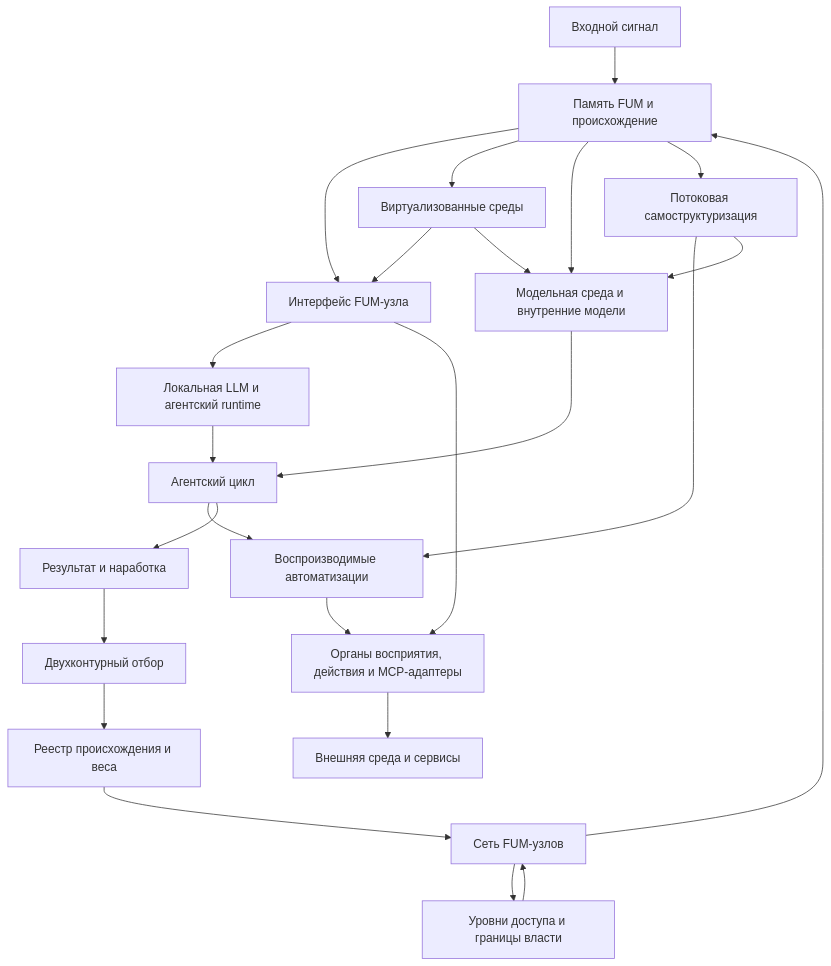
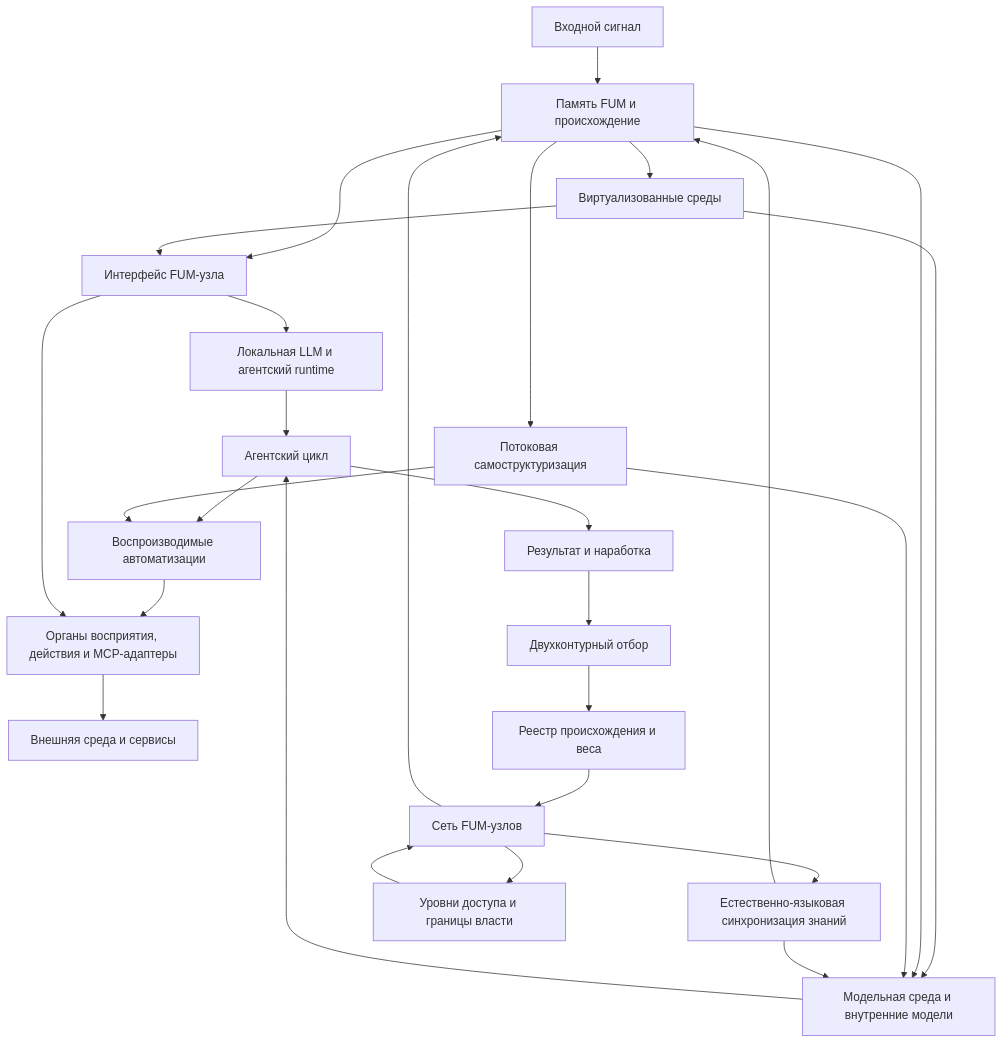
Before and after one commit to fum-lab/fum: the diagram in Документация/22-архитектура-FUM.md, drawn with Mermaid. The commit also changed other lines of this file and 32 other files, not shown here.

````diff
--- a/Документация/22-архитектура-FUM.md
+++ b/Документация/22-архитектура-FUM.md
@@ -89,26 +94,29 @@
 ```mermaid
 flowchart TD
     input["Входной сигнал"] --> memory["Память FUM и происхождение"]
     memory --> node_interface["Интерфейс FUM-узла"]
     node_interface --> local_runtime["Локальная LLM и агентский runtime"]
     local_runtime --> cycle["Агентский цикл"]
     cycle --> automations["Воспроизводимые автоматизации"]
     automations --> adapters["Органы восприятия, действия и MCP-адаптеры"]
     adapters --> world["Внешняя среда и сервисы"]
     memory --> virtual["Виртуализованные среды"]
     virtual --> node_interface
     node_interface --> adapters
     virtual --> model
     memory --> model["Модельная среда и внутренние модели"]
     memory --> stream["Потоковая самоструктуризация"]
     stream --> automations
     stream --> model
     model --> cycle
     cycle --> result["Результат и наработка"]
     result --> selection["Двухконтурный отбор"]
     selection --> registry["Реестр происхождения и веса"]
     registry --> network["Сеть FUM-узлов"]
     network --> memory
+    network --> language_sync["Естественно-языковая синхронизация знаний"]
+    language_sync --> memory
+    language_sync --> model
     network --> access["Уровни доступа и границы власти"]
     access --> network
 ```
````
